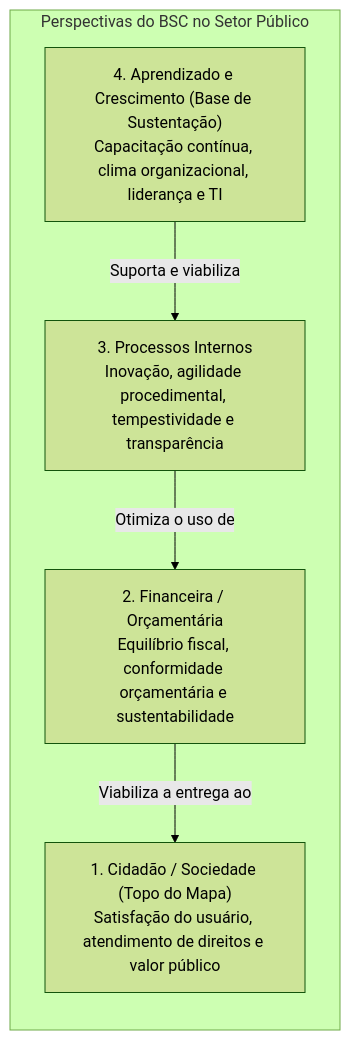
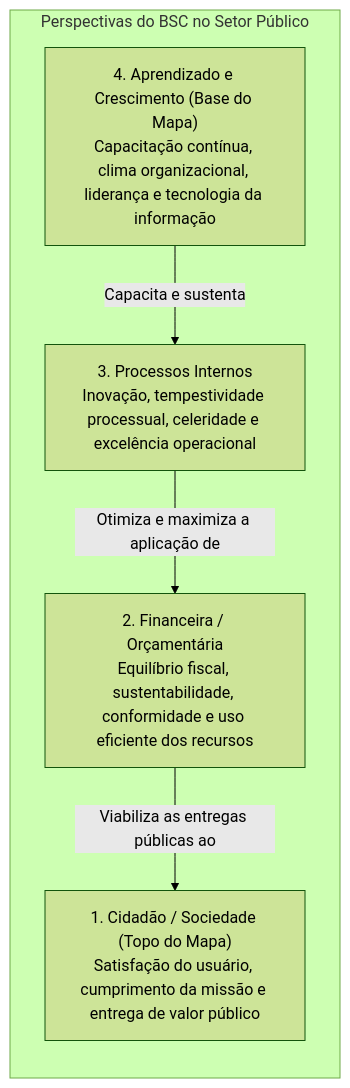
One commit to thiagosantos346/TCE-GO-2027 changed the second of 6 diagrams in fontes_de_estudo/conhecimentos_especificos_a01_tecnico_administrativo/21_nocoes_de_administracao_publica/04_planejamento_estrategico_indicadores_e_gestao_por_competencias.md. Above: the diagram before and after it, drawn with Mermaid (forest theme). The commit also changed other lines of this file and 119 other files, not shown here.

````diff
--- a/fontes_de_estudo/conhecimentos_especificos_a01_tecnico_administrativo/21_nocoes_de_administracao_publica/04_planejamento_estrategico_indicadores_e_gestao_por_competencias.md
+++ b/fontes_de_estudo/conhecimentos_especificos_a01_tecnico_administrativo/21_nocoes_de_administracao_publica/04_planejamento_estrategico_indicadores_e_gestao_por_competencias.md
@@ -98,17 +83,17 @@
 ```mermaid
 flowchart TD
     subgraph BSC_Publico ["Perspectivas do BSC no Setor Público"]
         direction TB
-        Cid["1. Cidadão / Sociedade (Topo do Mapa)<br/>Satisfação do usuário, atendimento de direitos e valor público"]
+        Cid["1. Cidadão / Sociedade (Topo do Mapa)<br/>Satisfação do usuário, cumprimento da missão e entrega de valor público"]
         
-        Fin["2. Financeira / Orçamentária<br/>Equilíbrio fiscal, conformidade orçamentária e sustentabilidade"]
+        Fin["2. Financeira / Orçamentária<br/>Equilíbrio fiscal, sustentabilidade, conformidade e uso eficiente dos recursos"]
         
-        Proc["3. Processos Internos<br/>Inovação, agilidade procedimental, tempestividade e transparência"]
+        Proc["3. Processos Internos<br/>Inovação, tempestividade processual, celeridade e excelência operacional"]
         
-        Apr["4. Aprendizado e Crescimento (Base de Sustentação)<br/>Capacitação contínua, clima organizacional, liderança e TI"]
+        Apr["4. Aprendizado e Crescimento (Base do Mapa)<br/>Capacitação contínua, clima organizacional, liderança e tecnologia da informação"]
     end
 
-    Apr -->|Suporta e viabiliza| Proc
-    Proc -->|Otimiza o uso de| Fin
-    Fin -->|Viabiliza a entrega ao| Cid
+    Apr -->|Capacita e sustenta| Proc
+    Proc -->|Otimiza e maximiza a aplicação de| Fin
+    Fin -->|Viabiliza as entregas públicas ao| Cid
 ```
````
